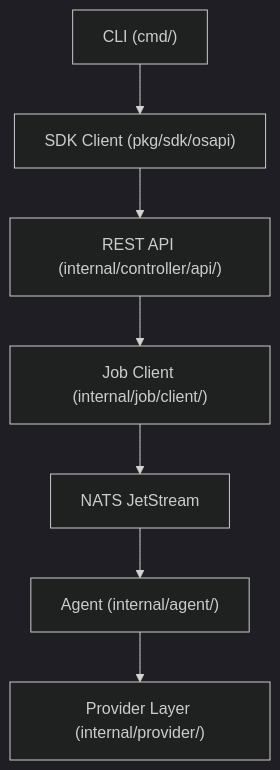
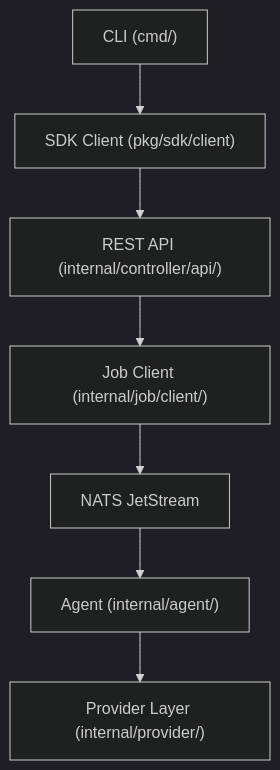
The first of 2 diagrams in docs/docs/sidebar/architecture/system-architecture.md (osapi-io/osapi), drawn with Mermaid (dark theme) before and after one commit. The commit also changed other lines of this file and 61 other files, not shown here.

````diff
--- a/docs/docs/sidebar/architecture/system-architecture.md
+++ b/docs/docs/sidebar/architecture/system-architecture.md
@@ -26,9 +26,9 @@
 ```mermaid
 graph TD
-    CLI["CLI (cmd/)"] --> SDK["SDK Client (pkg/sdk/osapi)"]
+    CLI["CLI (cmd/)"] --> SDK["SDK Client (pkg/sdk/client)"]
     SDK --> API["REST API (internal/controller/api/)"]
     API --> JobClient["Job Client (internal/job/client/)"]
     JobClient --> NATS["NATS JetStream"]
     NATS --> Agent["Agent (internal/agent/)"]
     Agent --> Provider["Provider Layer (internal/provider/)"]
 ```
````
